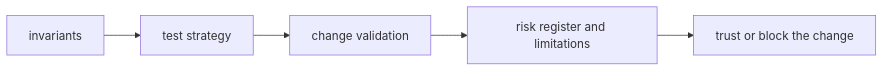
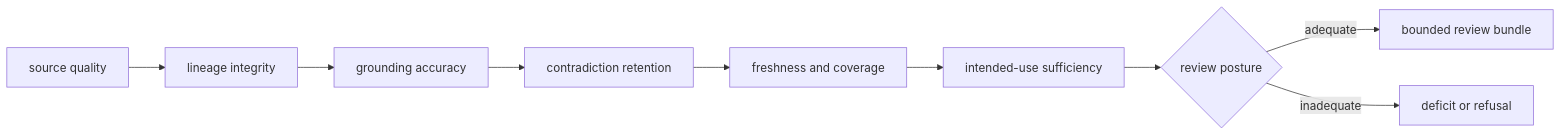
The diagram in docs/06-bijux-proteomics-knowledge/quality/index.md (bijux/bijux-proteomics), drawn with Mermaid before and after one commit. The commit also changed other lines of this file and 3 other files, not shown here.

Commit message:
docs(knowledge): trace evidence from source to review

````diff
--- a/docs/06-bijux-proteomics-knowledge/quality/index.md
+++ b/docs/06-bijux-proteomics-knowledge/quality/index.md
@@ -16,10 +17,11 @@
 ```mermaid
 flowchart LR
-    invariants["invariants"]
-    tests["test strategy"]
-    validation["change validation"]
-    risks["risk register and limitations"]
-    decision["trust or block the change"]
-
-    invariants --> tests --> validation --> risks --> decision
+    S["source quality"] --> L["lineage integrity"]
+    L --> G["grounding accuracy"]
+    G --> C["contradiction retention"]
+    C --> F["freshness and coverage"]
+    F --> U["intended-use sufficiency"]
+    U --> P{"review posture"}
+    P -->|adequate| B["bounded review bundle"]
+    P -->|inadequate| D["deficit or refusal"]
 ```
````
